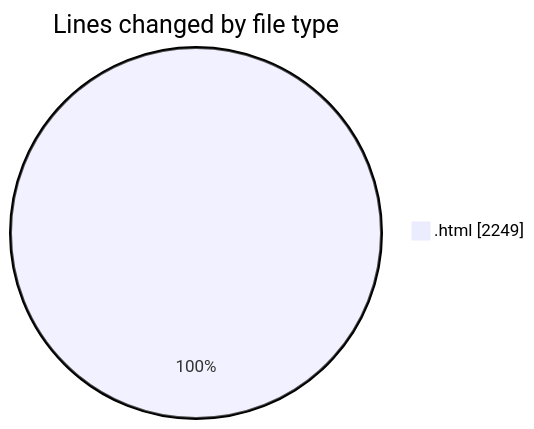
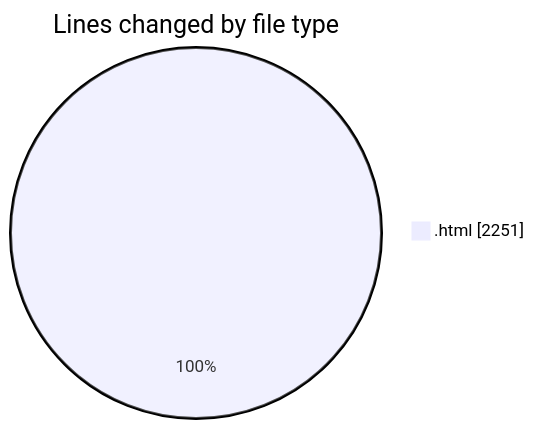
Before and after one commit to Ritupan-Deka/code-tracking: the first of 2 diagrams in 2025-06-17/projects/README.md, drawn with Mermaid. The commit also changed other lines of this file and 1 other file, not shown here.

````diff
--- a/2025-06-17/projects/README.md
+++ b/2025-06-17/projects/README.md
@@ -21,5 +21,5 @@
 ```mermaid
 pie showData
 title Lines changed by file type
-".html" : 2249
+".html" : 2251
 ```
````
